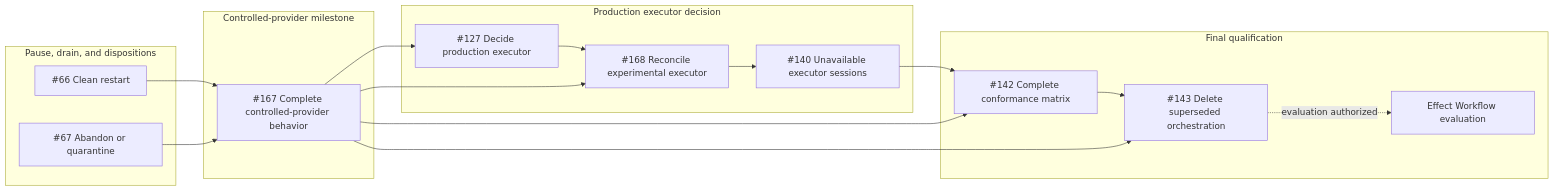
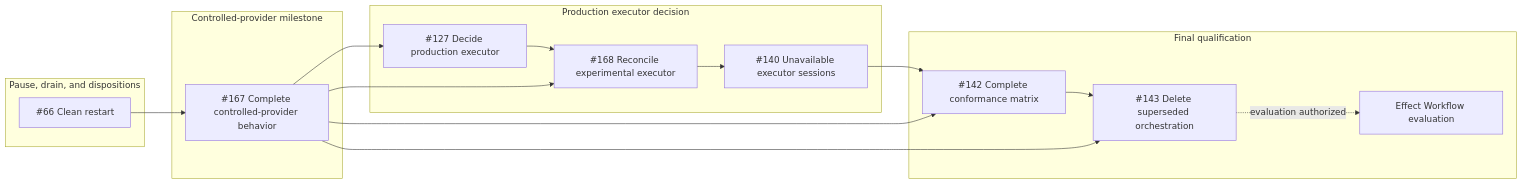
One commit to dearlordylord/dalph changed the diagram in research/effect-workflow-prerequisite-subgraph.md. Above: the diagram before and after it, drawn with Mermaid. The commit also changed 1 other file, not shown here.

Commit message:
docs: retire duplicate attempt disposition (#67)

````diff
--- a/research/effect-workflow-prerequisite-subgraph.md
+++ b/research/effect-workflow-prerequisite-subgraph.md
@@ -1,36 +1,34 @@
 ```mermaid
 flowchart LR
   subgraph controls["Pause, drain, and dispositions"]
     i66["#66 Clean restart"]
-    i67["#67 Abandon or quarantine"]
   end
 
   subgraph milestone["Controlled-provider milestone"]
     i167["#167 Complete controlled-provider behavior"]
   end
 
   subgraph production["Production executor decision"]
     i127["#127 Decide production executor"]
     i168["#168 Reconcile experimental executor"]
     i140["#140 Unavailable executor sessions"]
   end
 
   subgraph final["Final qualification"]
     i142["#142 Complete conformance matrix"]
     i143["#143 Delete superseded orchestration"]
     effectWorkflow["Effect Workflow evaluation"]
   end
 
   i66 --> i167
-  i67 --> i167
   i167 --> i127
   i127 --> i168
   i167 --> i168
   i168 --> i140
 
   i140 --> i142
   i167 --> i142
   i142 --> i143
   i167 --> i143
   i143 -. evaluation authorized .-> effectWorkflow
 ```
````
